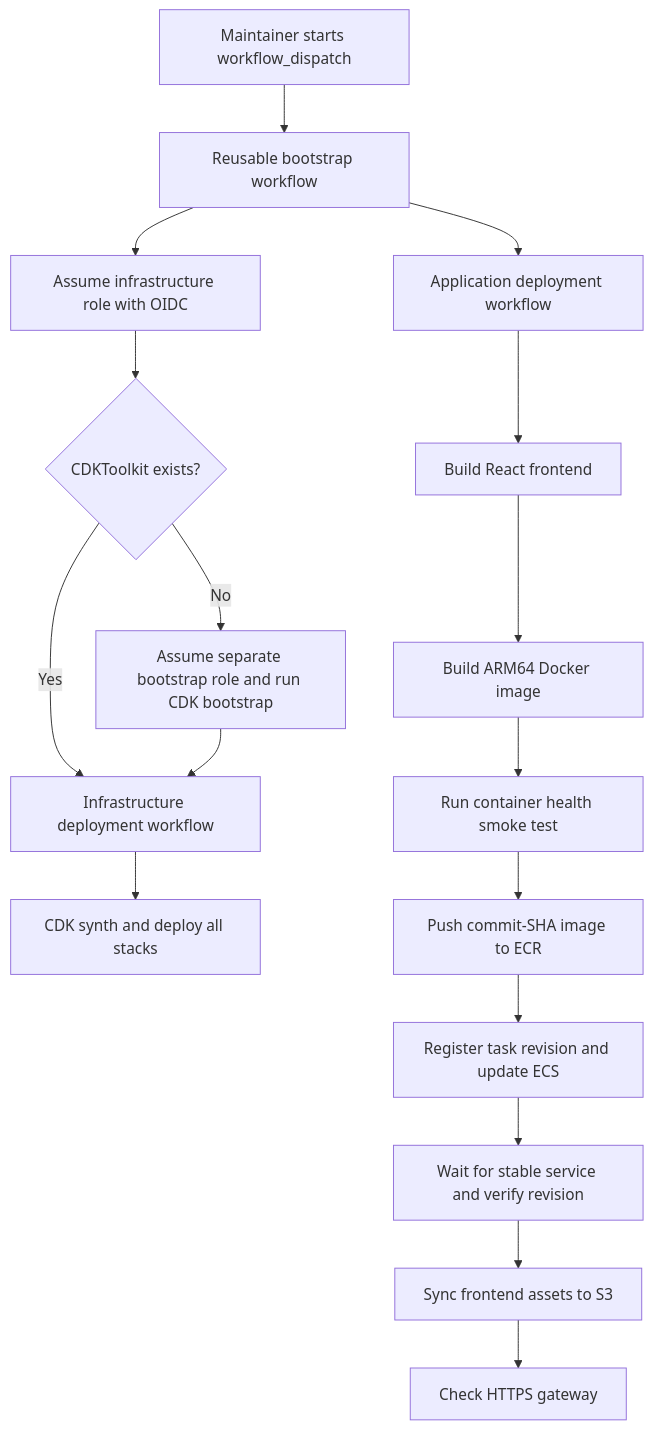
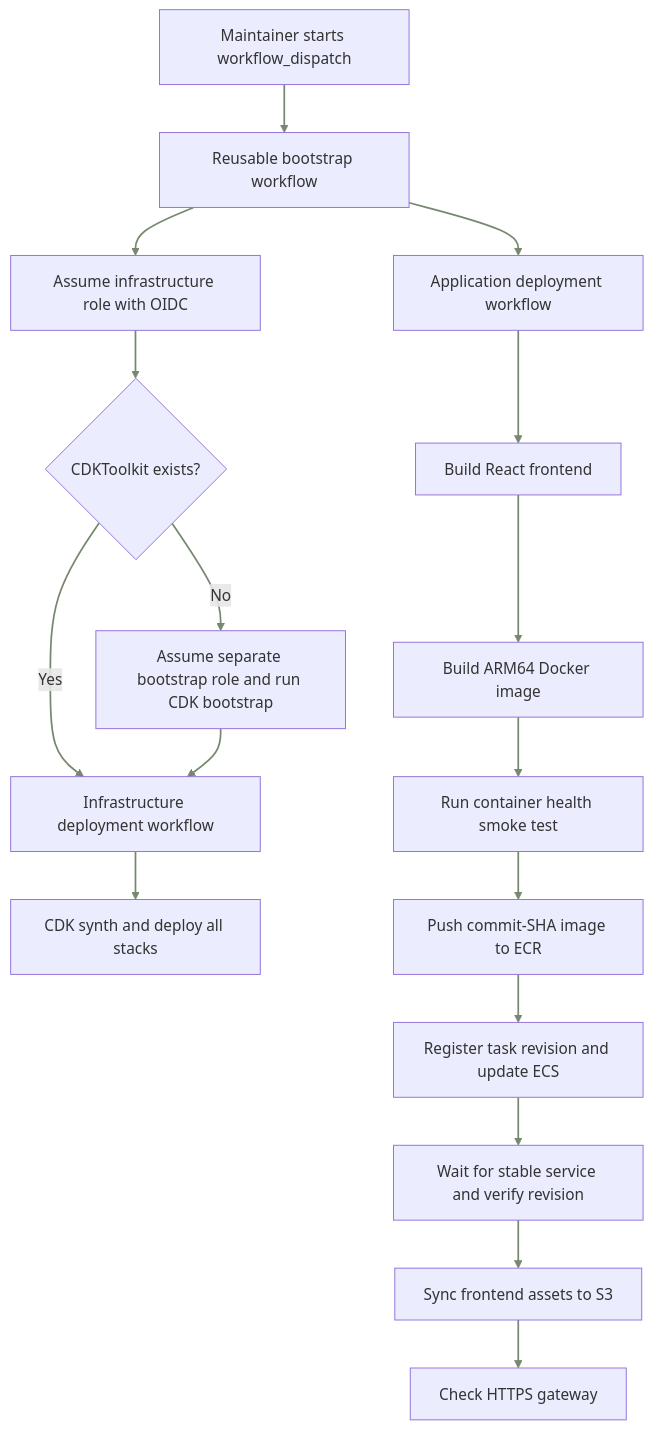
Diagram 15 of 15 in README.md (SwekcchaCornicle/apnasathi-ai), drawn with Mermaid before and after one commit. The commit also changed other lines of this file, not shown here.

Commit message:
docs: style README diagrams with ApnaSathi palette and AWS icons

````diff
--- a/README.md
+++ b/README.md
@@ -1546,26 +1707,39 @@
 ```mermaid
 flowchart TD
+  classDef forest fill:#354a3b,stroke:#354a3b,color:#fbfaf7,stroke-width:2px;
+  classDef green fill:#405a46,stroke:#354a3b,color:#fbfaf7,stroke-width:1.8px;
+  classDef sage fill:#d5ddbd,stroke:#76886f,color:#252a23,stroke-width:1.5px;
+  classDef pale fill:#edf0e6,stroke:#647a63,color:#252a23,stroke-width:1.5px;
+  classDef sand fill:#f2e4d2,stroke:#d5a874,color:#252a23,stroke-width:1.5px;
+  classDef paper fill:#fbfaf7,stroke:#9a9a8f,color:#252a23,stroke-width:1.3px;
+  classDef external fill:#f2f1ed,stroke:#b5b4a9,color:#252a23,stroke-width:1.3px;
+  linkStyle default stroke:#76886f,stroke-width:1.8px;
+  class BUILD forest;
+  class CHECK,EXISTS,BOOTSTRAP,INFRA,SYNTH,ECS,GATEWAY green;
+  class START,SMOKE,STABLE sage;
+  class PUSH,SITE pale;
+  class BOOT,APP,IMAGE paper;
     START[Maintainer starts workflow_dispatch]
     BOOT[Reusable bootstrap workflow]
     CHECK[Assume infrastructure role with OIDC]
     EXISTS{CDKToolkit exists?}
     BOOTSTRAP[Assume separate bootstrap role and run CDK bootstrap]
     INFRA[Infrastructure deployment workflow]
     APP[Application deployment workflow]
     SYNTH[CDK synth and deploy all stacks]
     BUILD[Build React frontend]
     IMAGE[Build ARM64 Docker image]
     SMOKE[Run container health smoke test]
     PUSH[Push commit-SHA image to ECR]
     ECS[Register task revision and update ECS]
     STABLE[Wait for stable service and verify revision]
     SITE[Sync frontend assets to S3]
     GATEWAY[Check HTTPS gateway]
     START --> BOOT --> CHECK --> EXISTS
     EXISTS -->|No| BOOTSTRAP
     EXISTS -->|Yes| INFRA
     BOOTSTRAP --> INFRA
     INFRA --> SYNTH
     BOOT --> APP
     APP --> BUILD --> IMAGE --> SMOKE --> PUSH --> ECS --> STABLE --> SITE --> GATEWAY
 ```
````
